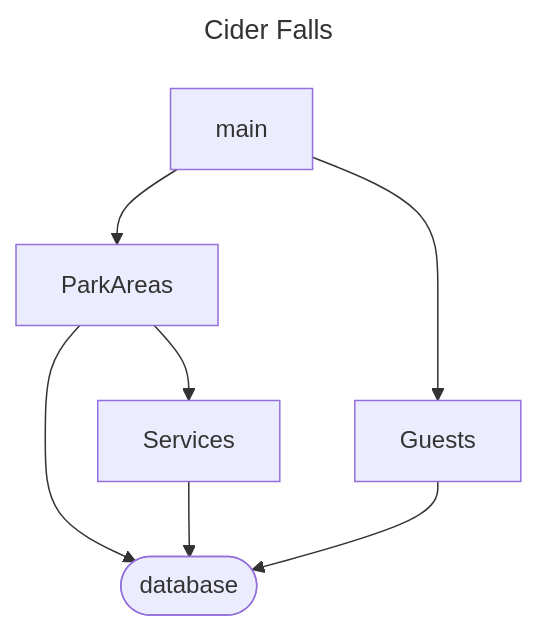
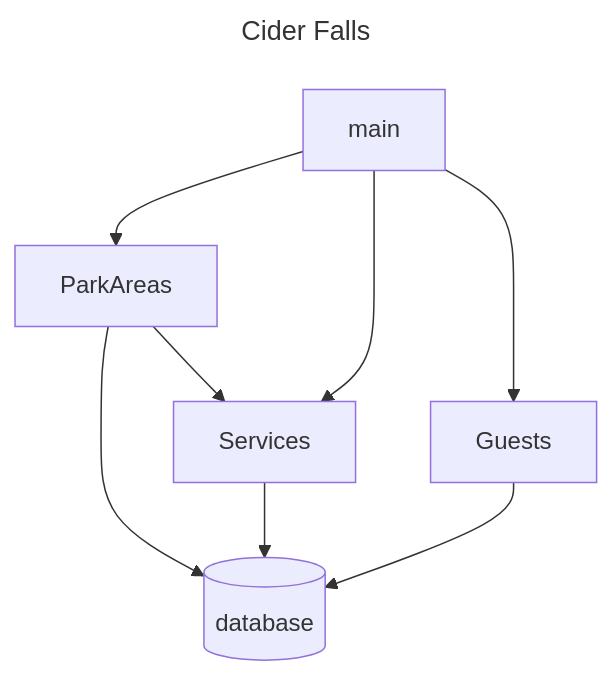
The diagram in dependency.md (NSS-Day-Cohort-79/Cider-Falls-client-mnqgox), drawn with Mermaid before and after one commit. The commit also changed 8 other files, not shown here.

````diff
--- a/dependency.md
+++ b/dependency.md
@@ -1,17 +1,18 @@
 ```mermaid
 ---
 title: Cider Falls
 ---
 flowchart TD
     main["main"]
     ParkAreas["ParkAreas"]
     Services["Services"]
     Guests["Guests"]
-    database(["database"])
+    database[("database")]
     main-->ParkAreas
     ParkAreas-->database
     ParkAreas-->Services
     Services-->database
     main-->Guests
+    main-->Services
     Guests-->database
 ```
````
